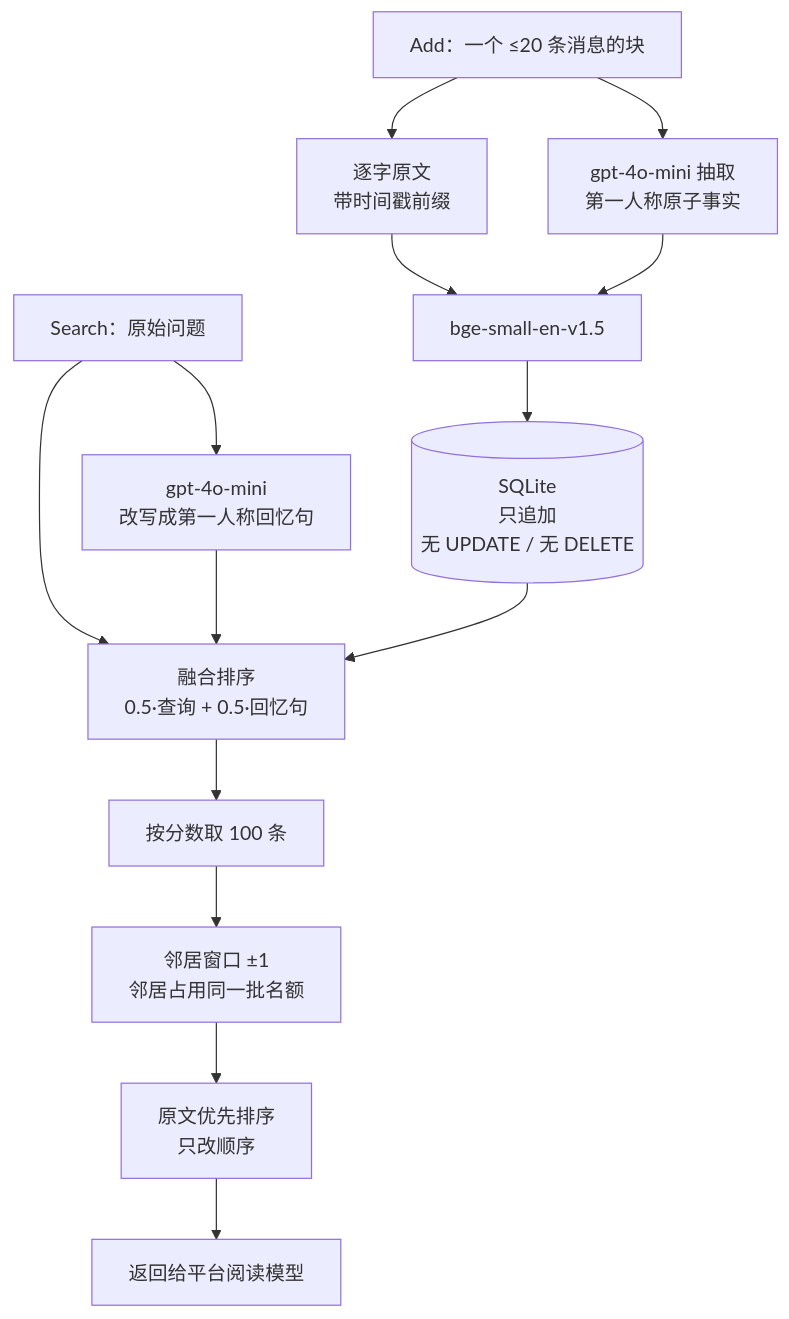
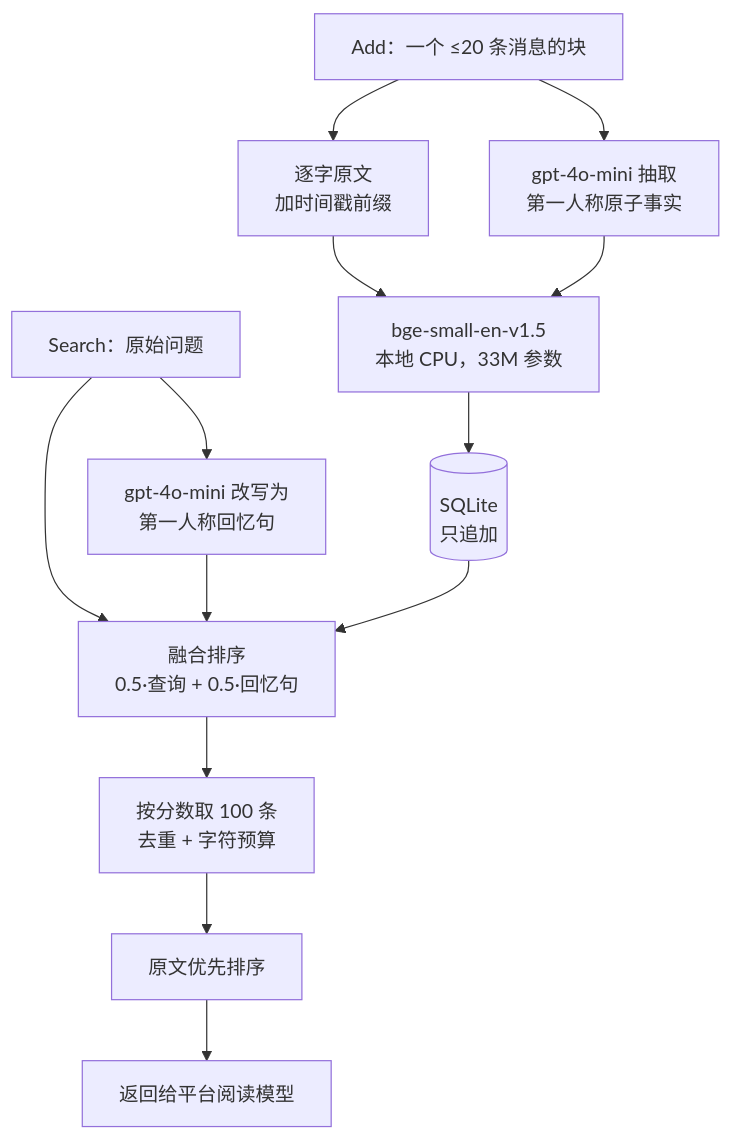
Before and after one commit to linxuhao/ActiveMemoryIndex: the second of 2 diagrams in docs/AML_writeup_zh.md, drawn with Mermaid. The commit also changed other lines of this file, not shown here.

````diff
--- a/docs/AML_writeup_zh.md
+++ b/docs/AML_writeup_zh.md
@@ -33,18 +46,17 @@
 ```mermaid
 flowchart TB
     IN["Add：一个 ≤20 条消息的块"]
-    IN --> RAW["逐字原文<br/>带时间戳前缀"]
+    IN --> RAW["逐字原文<br/>加时间戳前缀"]
     IN --> FACT["gpt-4o-mini 抽取<br/>第一人称原子事实"]
-    RAW --> EMB["bge-small-en-v1.5"]
+    RAW --> EMB["bge-small-en-v1.5<br/>本地 CPU，33M 参数"]
     FACT --> EMB
-    EMB --> DB[("SQLite<br/>只追加<br/>无 UPDATE / 无 DELETE")]
+    EMB --> DB[("SQLite<br/>只追加")]
 
-    Q["Search：原始问题"] --> HY["gpt-4o-mini<br/>改写成第一人称回忆句"]
+    Q["Search：原始问题"] --> HY["gpt-4o-mini 改写为<br/>第一人称回忆句"]
     Q --> FUSE["融合排序<br/>0.5·查询 + 0.5·回忆句"]
     HY --> FUSE
     DB --> FUSE
-    FUSE --> SEL["按分数取 100 条"]
-    SEL --> WIN["邻居窗口 ±1<br/>邻居占用同一批名额"]
-    WIN --> ORD["原文优先排序<br/>只改顺序"]
+    FUSE --> SEL["按分数取 100 条<br/>去重 + 字符预算"]
+    SEL --> ORD["原文优先排序"]
     ORD --> OUT["返回给平台阅读模型"]
 ```
````
